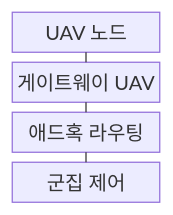
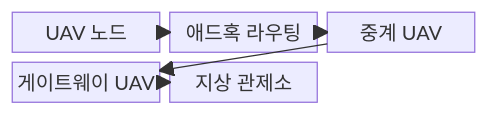
Before and after one commit to agnusdei1207/knowledge-base: the first of 2 diagrams in src/content/docs/notes/04-network/052_fanet_drone_network.md, drawn with Mermaid. The commit also changed other lines of this file and 20 other files, not shown here.

````diff
--- a/src/content/docs/notes/04-network/052_fanet_drone_network.md
+++ b/src/content/docs/notes/04-network/052_fanet_drone_network.md
@@ -54,11 +57,13 @@
 ```mermaid
 block-beta
-    columns 1
+    columns 3
     A["UAV 노드"]
-    B["게이트웨이 UAV"]
-    C["애드혹 라우팅"]
-    D["군집 제어"]
-    A --- B
-    B --- C
-    C --- D
+    B["애드혹 라우팅"]
+    C["중계 UAV"]
+    D["게이트웨이 UAV"]
+    E["지상 관제소"]
+    A --> B
+    B --> C
+    C --> D
+    D --> E
 ```
````
